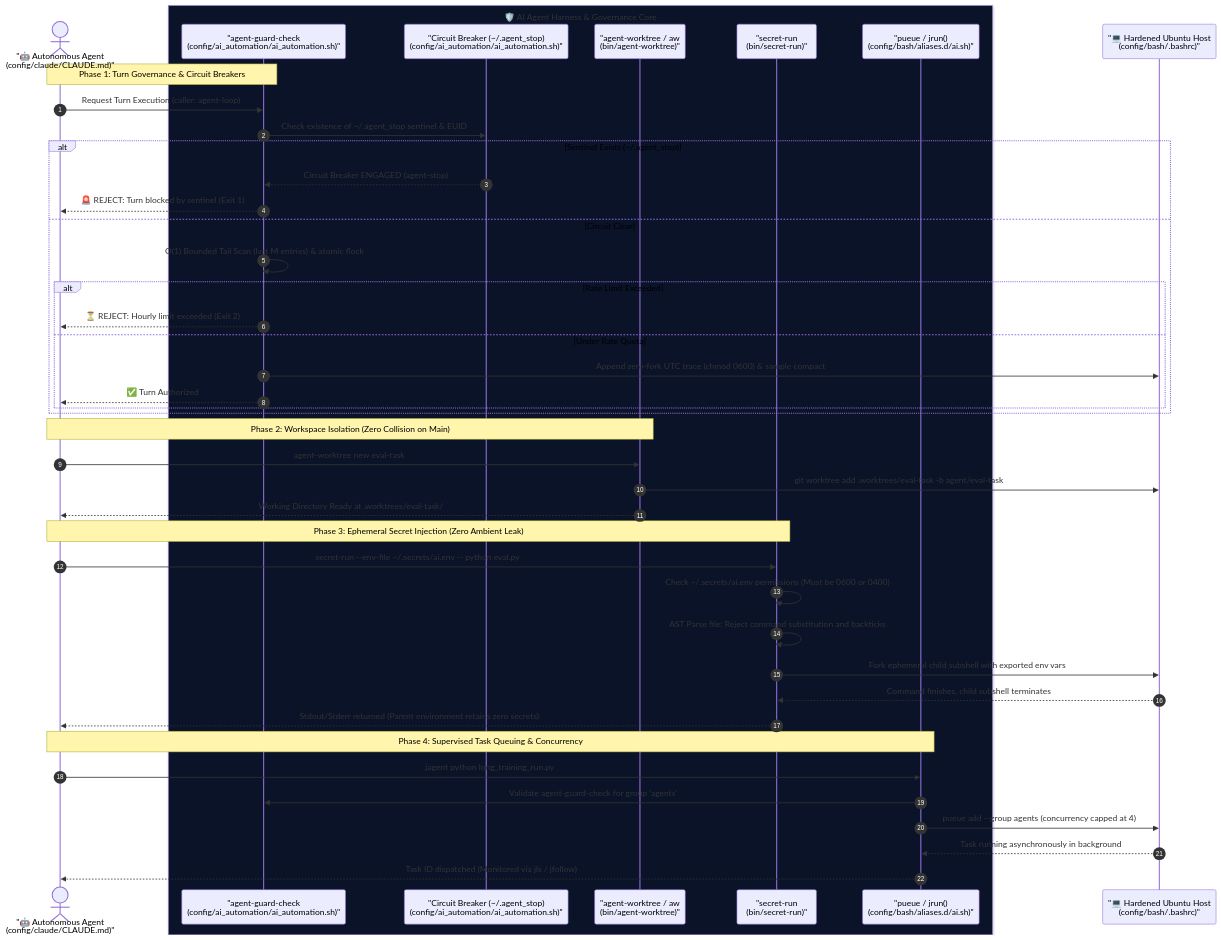
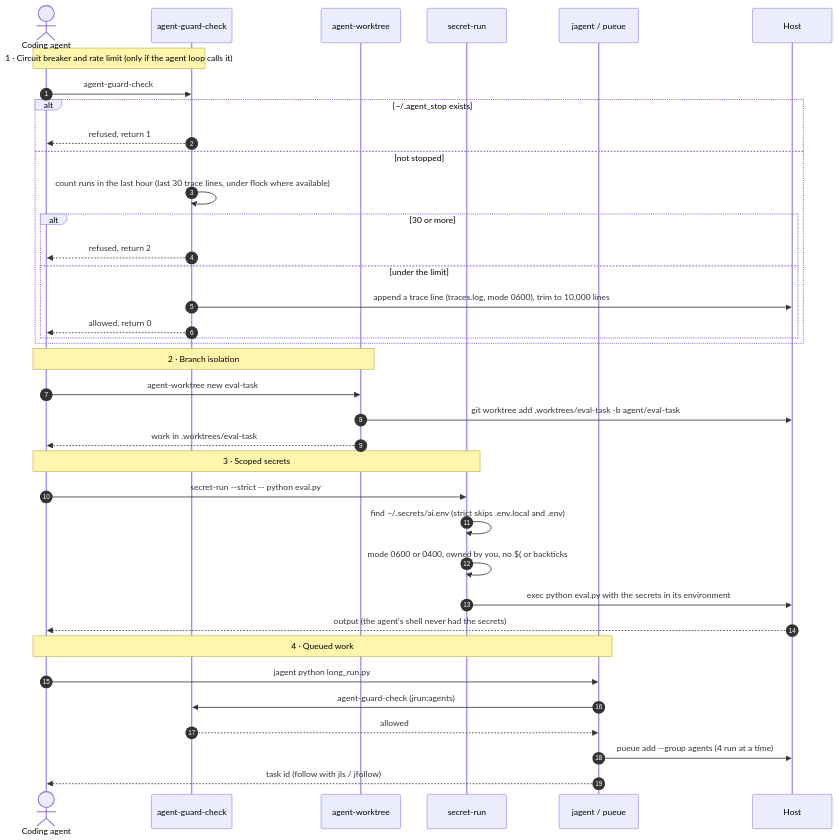
The fourth of 4 diagrams in docs/DIAGRAMS.md (jacob-adm/ai-automation-engineer-workstation), drawn with Mermaid before and after one commit. The commit also changed other lines of this file and 3 other files, not shown here.

Commit message:
docs: [HNET-197] diagrams show only what the code enforces; one Mermaid source

````diff
--- a/docs/DIAGRAMS.md
+++ b/docs/DIAGRAMS.md
@@ -388,49 +104,43 @@
 ```mermaid
 sequenceDiagram
     autonumber
-    actor Agent as "🤖 Autonomous Agent<br/>(config/claude/CLAUDE.md)"
-    box rgb(11, 19, 41) 🛡️ AI Agent Harness & Governance Core
-        participant Guard as "agent-guard-check<br/>(config/ai_automation/ai_automation.sh)"
-        participant Breaker as "Circuit Breaker (~/.agent_stop)<br/>(config/ai_automation/ai_automation.sh)"
-        participant Worktree as "agent-worktree / aw<br/>(bin/agent-worktree)"
-        participant SecRun as "secret-run<br/>(bin/secret-run)"
-        participant Queue as "pueue / jrun()<br/>(config/bash/aliases.d/ai.sh)"
-    end
-    participant Host as "💻 Hardened Ubuntu Host<br/>(config/bash/.bashrc)"
+    actor Agent as Coding agent
+    participant Guard as agent-guard-check
+    participant WT as agent-worktree
+    participant SR as secret-run
+    participant Q as jagent / pueue
+    participant Host as Host
 
-    Note over Agent,Guard: Phase 1: Turn Governance & Circuit Breakers
-    Agent->>Guard: Request Turn Execution (caller: agent-loop)
-    Guard->>Breaker: Check existence of ~/.agent_stop sentinel & EUID
-    alt Sentinel Exists (~/.agent_stop)
-        Breaker-->>Guard: Circuit Breaker ENGAGED (agent-stop)
-        Guard-->>Agent: 🚨 REJECT: Turn blocked by sentinel (Exit 1)
-    else Circuit Clear
-        Guard->>Guard: O(1) Bounded Tail Scan (last M entries) & atomic flock
-        alt Rate Limit Exceeded
-            Guard-->>Agent: ⏳ REJECT: Hourly limit exceeded (Exit 2)
-        else Under Rate Quota
-            Guard->>Host: Append zero-fork UTC trace (chmod 0600) & sample compact
-            Guard-->>Agent: ✅ Turn Authorized
+    Note over Agent,Guard: 1 · Circuit breaker and rate limit (only if the agent loop calls it)
+    Agent->>Guard: agent-guard-check
+    alt ~/.agent_stop exists
+        Guard-->>Agent: refused, return 1
+    else not stopped
+        Guard->>Guard: count runs in the last hour (last 30 trace lines, under flock where available)
+        alt 30 or more
+            Guard-->>Agent: refused, return 2
+        else under the limit
+            Guard->>Host: append a trace line (traces.log, mode 0600), trim to 10,000 lines
+            Guard-->>Agent: allowed, return 0
         end
     end
 
-    Note over Agent,Worktree: Phase 2: Workspace Isolation (Zero Collision on Main)
-    Agent->>Worktree: agent-worktree new eval-task
-    Worktree->>Host: git worktree add .worktrees/eval-task -b agent/eval-task
-    Worktree-->>Agent: Working Directory Ready at .worktrees/eval-task/
+    Note over Agent,WT: 2 · Branch isolation
+    Agent->>WT: agent-worktree new eval-task
+    WT->>Host: git worktree add .worktrees/eval-task -b agent/eval-task
+    WT-->>Agent: work in .worktrees/eval-task
 
-    Note over Agent,SecRun: Phase 3: Ephemeral Secret Injection (Zero Ambient Leak)
-    Agent->>SecRun: secret-run --env-file ~/.secrets/ai.env -- python eval.py
-    SecRun->>SecRun: Check ~/.secrets/ai.env permissions (Must be 0600 or 0400)
-    SecRun->>SecRun: AST Parse file: Reject command substitution and backticks
-    SecRun->>Host: Fork ephemeral child subshell with exported env vars
-    Host-->>SecRun: Command finishes, child subshell terminates
-    SecRun-->>Agent: Stdout/Stderr returned (Parent environment retains zero secrets)
+    Note over Agent,SR: 3 · Scoped secrets
+    Agent->>SR: secret-run --strict -- python eval.py
+    SR->>SR: find ~/.secrets/ai.env (strict skips .env.local and .env)
+    SR->>SR: mode 0600 or 0400, owned by you, no $( or backticks
+    SR->>Host: exec python eval.py with the secrets in its environment
+    Host-->>Agent: output (the agent's shell never had the secrets)
 
-    Note over Agent,Queue: Phase 4: Supervised Task Queuing & Concurrency
-    Agent->>Queue: jagent python long_training_run.py
-    Queue->>Guard: Validate agent-guard-check for group 'agents'
-    Queue->>Host: pueue add --group agents (concurrency capped at 4)
-    Host-->>Queue: Task running asynchronously in background
-    Queue-->>Agent: Task ID dispatched (Monitored via jls / jfollow)
+    Note over Agent,Q: 4 · Queued work
+    Agent->>Q: jagent python long_run.py
+    Q->>Guard: agent-guard-check (jrun:agents)
+    Guard-->>Q: allowed
+    Q->>Host: pueue add --group agents (4 run at a time)
+    Q-->>Agent: task id (follow with jls / jfollow)
 ```
````
